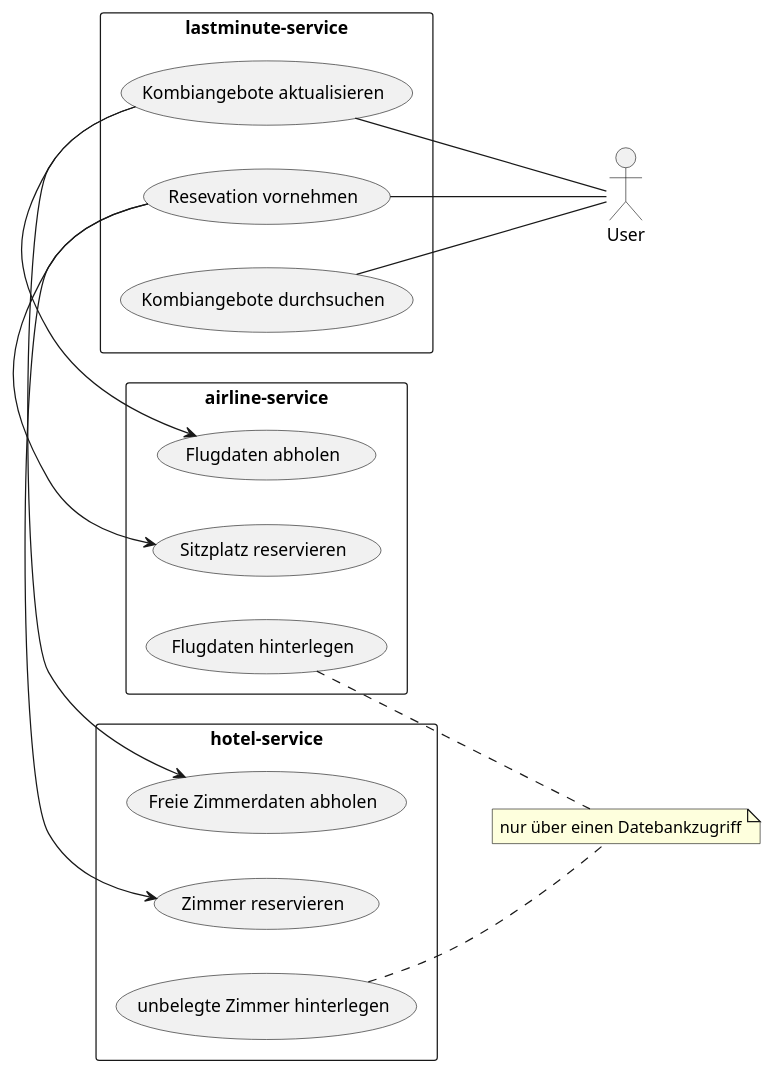
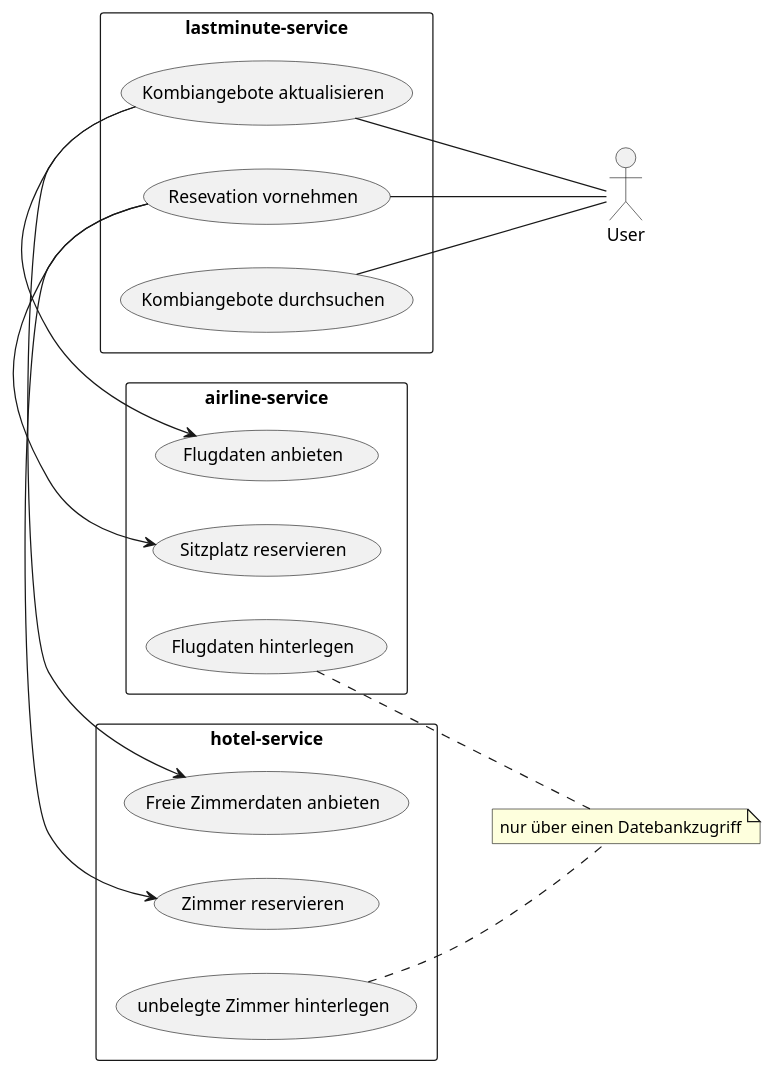
Before and after one commit to jounnie/ibz_norm-case-study: the diagram in airline-service/Doc/lastminute_usecases.puml, drawn with PlantUML.

Commit message:
first version of use cases with puml

```diff
--- a/airline-service/Doc/lastminute_usecases.puml
+++ b/airline-service/Doc/lastminute_usecases.puml
@@ -1,28 +1,27 @@
 @startuml
 left to right direction
 skinparam packageStyle rectangle
-'actor lastminute << Application >>
 actor User
 
 rectangle lastminute-service {
   (Kombiangebote durchsuchen) -- User
   (Resevation vornehmen) -- User
   (Kombiangebote aktualisieren) -- User
 }
 
 rectangle airline-service {
-  (Flugdaten abholen) <- (Kombiangebote aktualisieren)
+  (Flugdaten anbieten) <- (Kombiangebote aktualisieren)
   (Flugdaten hinterlegen)
   (Sitzplatz reservieren) <- (Resevation vornehmen)
 }
 
 rectangle hotel-service {
   (unbelegte Zimmer hinterlegen)
-  (Freie Zimmerdaten abholen) <- (Kombiangebote aktualisieren)
+  (Freie Zimmerdaten anbieten) <- (Kombiangebote aktualisieren)
   (Zimmer reservieren) <- (Resevation vornehmen)
 }
 
 note "nur über einen Datebankzugriff" as N1
 (Flugdaten hinterlegen) .. N1
 (unbelegte Zimmer hinterlegen) .. N1
 @enduml
```
